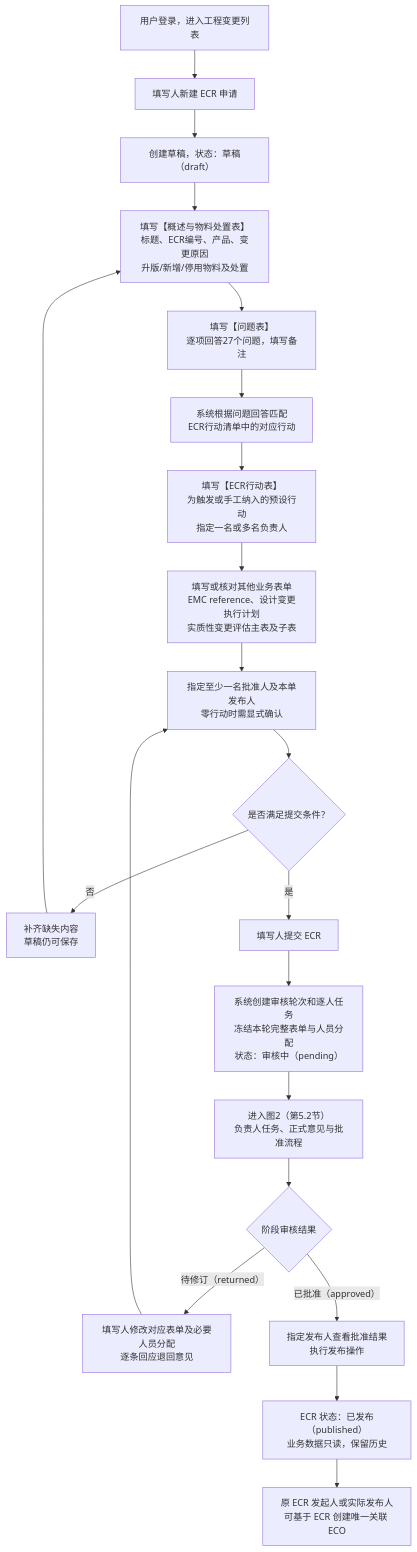
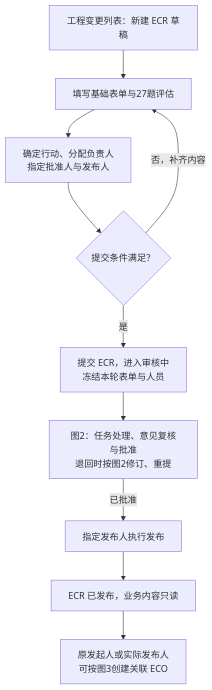
Before and after one commit to jack1415926/form-filling-system: the diagram in docs/design/requirements-review/flows/flow-01.mmd, drawn with Mermaid. The commit also changed 111 other files, not shown here.

```diff
--- a/docs/design/requirements-review/flows/flow-01.mmd
+++ b/docs/design/requirements-review/flows/flow-01.mmd
@@ -1,21 +1,10 @@
 flowchart TD
-    A["用户登录，进入工程变更列表"] --> B["填写人新建 ECR 申请"]
-    B --> C["创建草稿，状态：草稿（draft）"]
-    C --> D["填写【概述与物料处置表】<br/>标题、ECR编号、产品、变更原因<br/>升版/新增/停用物料及处置"]
-    D --> E["填写【问题表】<br/>逐项回答27个问题，填写备注"]
-    E --> F["系统根据问题回答匹配<br/>ECR行动清单中的对应行动"]
-    F --> G["填写【ECR行动表】<br/>为触发或手工纳入的预设行动<br/>指定一名或多名负责人"]
-    G --> H["填写或核对其他业务表单<br/>EMC reference、设计变更执行计划<br/>实质性变更评估主表及子表"]
-    H --> I["指定至少一名批准人及本单发布人<br/>零行动时需显式确认"]
-    I --> J{"是否满足提交条件？"}
-    J -->|"否"| K["补齐缺失内容<br/>草稿仍可保存"]
-    K --> D
-    J -->|"是"| L["填写人提交 ECR"]
-    L --> M["系统创建审核轮次和逐人任务<br/>冻结本轮完整表单与人员分配<br/>状态：审核中（pending）"]
-    M --> N["进入图2（第5.2节）<br/>负责人任务、正式意见与批准流程"]
-    N --> O{"阶段审核结果"}
-    O -->|"待修订（returned）"| P["填写人修改对应表单及必要人员分配<br/>逐条回应退回意见"]
-    P --> I
-    O -->|"已批准（approved）"| Q["指定发布人查看批准结果<br/>执行发布操作"]
-    Q --> R["ECR 状态：已发布（published）<br/>业务数据只读，保留历史"]
-    R --> S["原 ECR 发起人或实际发布人<br/>可基于 ECR 创建唯一关联 ECO"]
+    A["工程变更列表：新建 ECR 草稿"] --> B["填写基础表单与27题评估"]
+    B --> C["确定行动、分配负责人<br/>指定批准人与发布人"]
+    C --> D{"提交条件满足？"}
+    D -->|"否，补齐内容"| B
+    D -->|"是"| E["提交 ECR，进入审核中<br/>冻结本轮表单与人员"]
+    E --> F["图2：任务处理、意见复核与批准<br/>退回时按图2修订、重提"]
+    F -->|"已批准"| G["指定发布人执行发布"]
+    G --> H["ECR 已发布，业务内容只读"]
+    H --> I["原发起人或实际发布人<br/>可按图3创建关联 ECO"]
```
